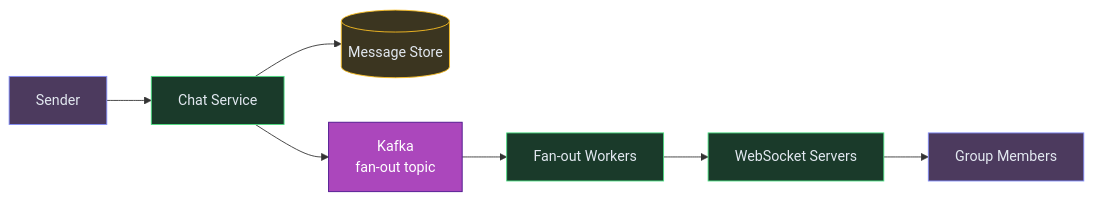
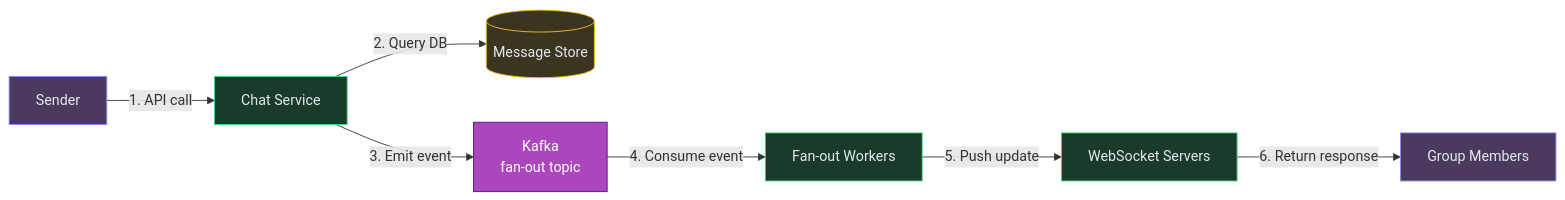
Before and after one commit to iluzn/HLD-Designs: the fifth of 6 diagrams in content/hld/ChatSystem.md, drawn with Mermaid. The commit also changed other lines of this file and 27 other files, not shown here.

````diff
--- a/content/hld/ChatSystem.md
+++ b/content/hld/ChatSystem.md
@@ -270,22 +270,22 @@
 ```mermaid
 flowchart LR
     SENDER["Sender"]:::client
     CHAT["Chat Service"]:::service
     STORE[("Message Store")]:::data
     K["Kafka<br/>fan-out topic"]:::async
     FAN["Fan-out Workers"]:::service
     WS["WebSocket Servers"]:::service
     MEMBERS["Group Members"]:::client
 
-    SENDER --> CHAT
-    CHAT --> STORE
-    CHAT --> K
-    K --> FAN
-    FAN --> WS
-    WS --> MEMBERS
+    SENDER -->|"1. API call"| CHAT
+    CHAT -->|"2. Query DB"| STORE
+    CHAT -->|"3. Emit event"| K
+    K -->|"4. Consume event"| FAN
+    FAN -->|"5. Push update"| WS
+    WS -->|"6. Return response"| MEMBERS
 
     classDef client fill:#4c3a5e,stroke:#818cf8,color:#e2e8f0
     classDef service fill:#1a3a2a,stroke:#4ade80,color:#e2e8f0
     classDef async fill:#AB47BC,stroke:#4A148C,color:#fff
     classDef data fill:#3b3520,stroke:#fbbf24,color:#e2e8f0
 ```
````
